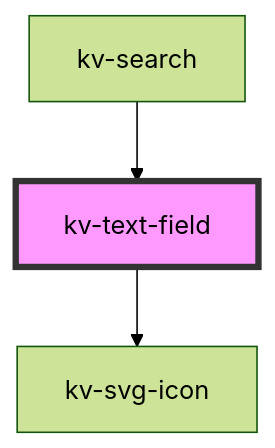
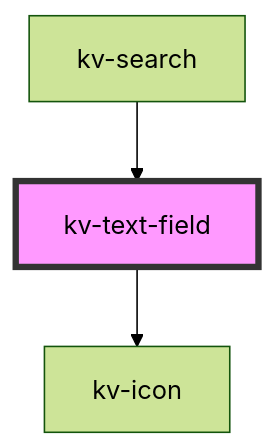
The diagram in packages/ui-components/src/components/text-field/readme.md (kelvininc/ui-components), drawn with Mermaid (forest theme) before and after one commit. The commit also changed other lines of this file and 54 other files, not shown here.

Commit message:
refactor(icon): rename `kv-svg-icon` to `kv-icon` BREAKING CHANGE: `kv-svg-icon` custom element is now `kv-icon`

````diff
--- a/packages/ui-components/src/components/text-field/readme.md
+++ b/packages/ui-components/src/components/text-field/readme.md
@@ -135,6 +135,6 @@
 ```mermaid
 graph TD;
-  kv-text-field --> kv-svg-icon
+  kv-text-field --> kv-icon
   kv-search --> kv-text-field
   style kv-text-field fill:#f9f,stroke:#333,stroke-width:4px
 ```
````
